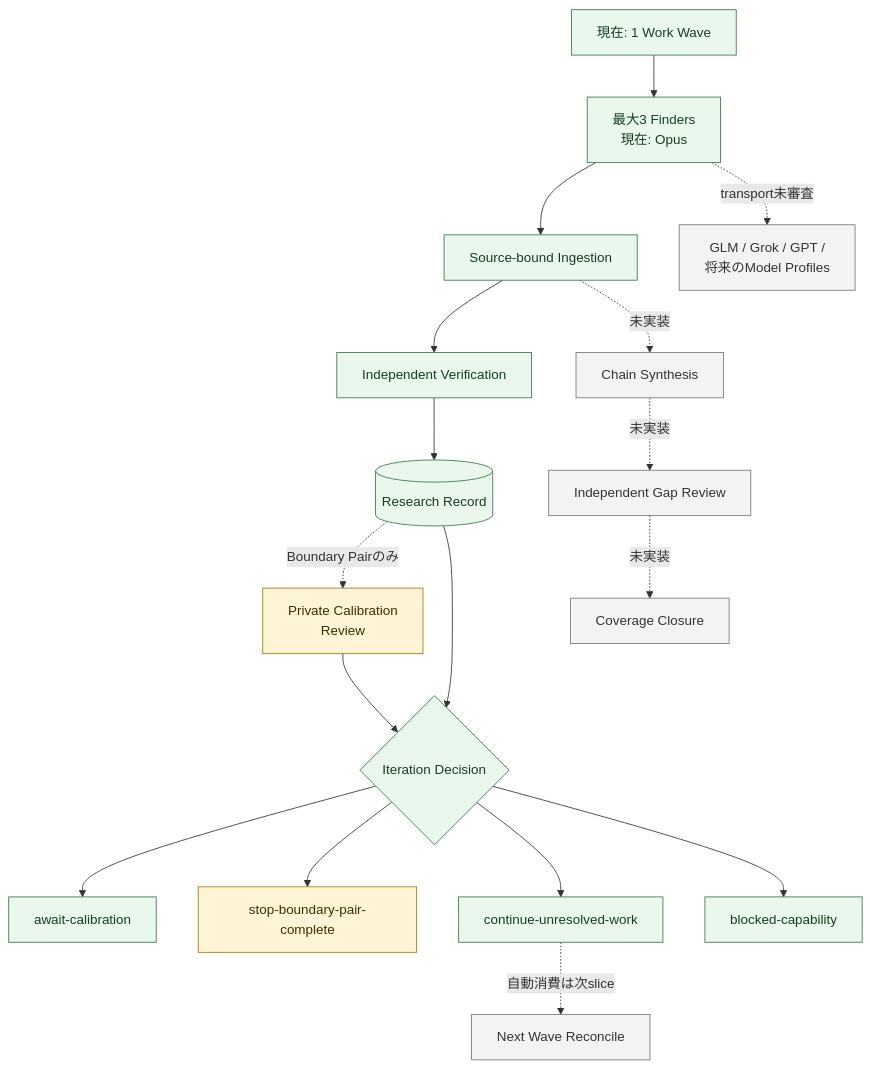
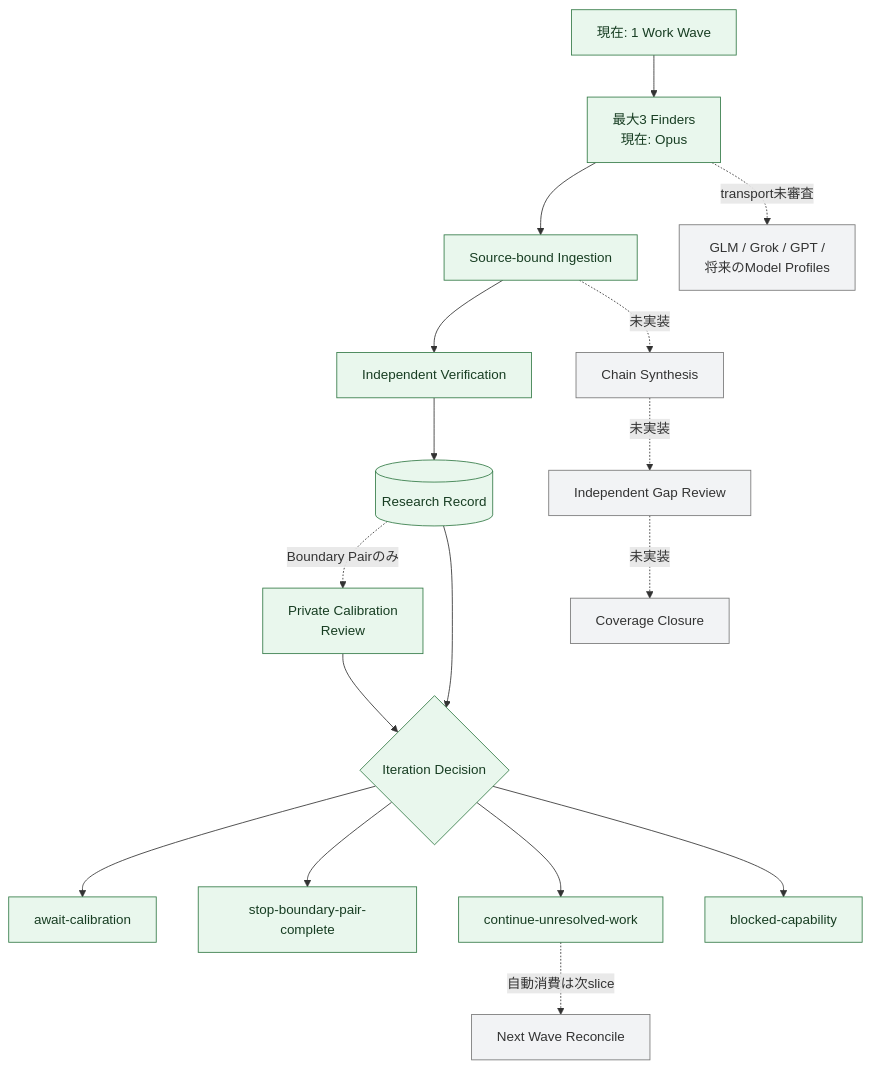
One commit to momoponwork1415-lgtm/wordpress-harness changed the fifth of 6 diagrams in docs/design/architecture/exploration-agent-architecture.md. Above: the diagram before and after it, drawn with Mermaid. The commit also changed other lines of this file and 13 other files, not shown here.

````diff
--- a/docs/design/architecture/exploration-agent-architecture.md
+++ b/docs/design/architecture/exploration-agent-architecture.md
@@ -162,41 +162,40 @@
 ```mermaid
 flowchart TB
     current["現在: 1 Work Wave"]
     finders["最大3 Finders<br/>現在: Opus"]
     ingest["Source-bound Ingestion"]
     verify["Independent Verification"]
     record[("Research Record")]
     calibration["Private Calibration<br/>Review"]
     decision{"Iteration Decision"}
 
     await["await-calibration"]
     stop["stop-boundary-pair-complete"]
     continue["continue-unresolved-work"]
     blocked["blocked-capability"]
 
     nextwave["Next Wave Reconcile"]
     synthesis["Chain Synthesis"]
     gaps["Independent Gap Review"]
     closure["Coverage Closure"]
     multimodel["GLM / Grok / GPT /<br/>将来のModel Profiles"]
 
     current --> finders --> ingest --> verify --> record
     record -. "Boundary Pairのみ" .-> calibration --> decision
     record --> decision
     decision --> await
     decision --> stop
     decision --> continue
     decision --> blocked
     continue -. "自動消費は次slice" .-> nextwave
     ingest -. "未実装" .-> synthesis
     synthesis -. "未実装" .-> gaps
     gaps -. "未実装" .-> closure
     finders -. "transport未審査" .-> multimodel
 
     classDef done fill:#e9f7ed,stroke:#337a46,color:#173d22;
     classDef partial fill:#fff5d6,stroke:#a87800,color:#3f2d00;
     classDef planned fill:#f2f3f5,stroke:#777,color:#333;
-    class current,finders,ingest,verify,record,decision,await,continue,blocked done;
-    class calibration,stop partial;
+    class current,finders,ingest,verify,record,calibration,decision,await,stop,continue,blocked done;
     class nextwave,synthesis,gaps,closure,multimodel planned;
 ```
````
